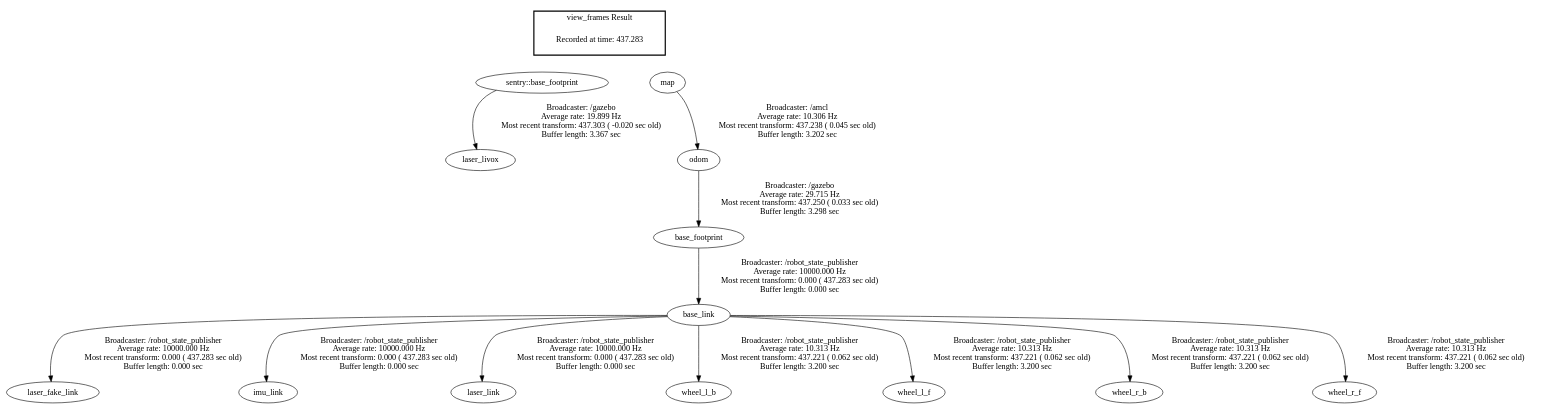
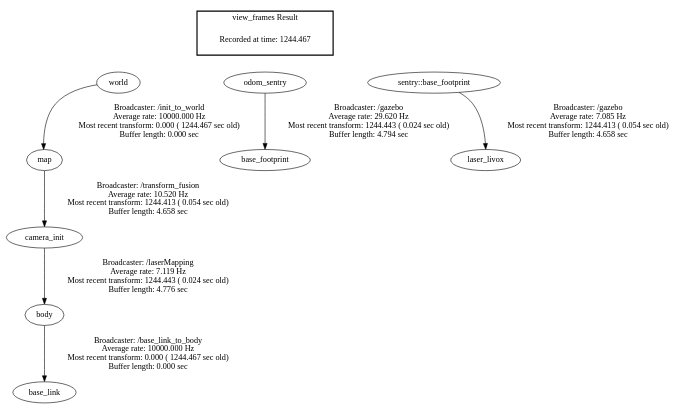
One commit to yjiuchun/Sentry_sim changed the diagram in src/sentry_laser_sim/frames.gv. Above: the diagram before and after it, drawn with Graphviz. The commit also changed 650 other files, not shown here.

```diff
--- a/src/sentry_laser_sim/frames.gv
+++ b/src/sentry_laser_sim/frames.gv
@@ -1,21 +1,20 @@
 digraph G {
-"base_footprint" -> "base_link"[label="Broadcaster: /robot_state_publisher\nAverage rate: 10000.000 Hz\nMost recent transform: 0.000 ( 437.283 sec old)\nBuffer length: 0.000 sec\n"];
-"odom" -> "base_footprint"[label="Broadcaster: /gazebo\nAverage rate: 29.715 Hz\nMost recent transform: 437.250 ( 0.033 sec old)\nBuffer length: 3.298 sec\n"];
-"base_link" -> "laser_fake_link"[label="Broadcaster: /robot_state_publisher\nAverage rate: 10000.000 Hz\nMost recent transform: 0.000 ( 437.283 sec old)\nBuffer length: 0.000 sec\n"];
-"base_link" -> "imu_link"[label="Broadcaster: /robot_state_publisher\nAverage rate: 10000.000 Hz\nMost recent transform: 0.000 ( 437.283 sec old)\nBuffer length: 0.000 sec\n"];
-"base_link" -> "laser_link"[label="Broadcaster: /robot_state_publisher\nAverage rate: 10000.000 Hz\nMost recent transform: 0.000 ( 437.283 sec old)\nBuffer length: 0.000 sec\n"];
-"sentry::base_footprint" -> "laser_livox"[label="Broadcaster: /gazebo\nAverage rate: 19.899 Hz\nMost recent transform: 437.303 ( -0.020 sec old)\nBuffer length: 3.367 sec\n"];
-"map" -> "odom"[label="Broadcaster: /amcl\nAverage rate: 10.306 Hz\nMost recent transform: 437.238 ( 0.045 sec old)\nBuffer length: 3.202 sec\n"];
-"base_link" -> "wheel_l_b"[label="Broadcaster: /robot_state_publisher\nAverage rate: 10.313 Hz\nMost recent transform: 437.221 ( 0.062 sec old)\nBuffer length: 3.200 sec\n"];
-"base_link" -> "wheel_l_f"[label="Broadcaster: /robot_state_publisher\nAverage rate: 10.313 Hz\nMost recent transform: 437.221 ( 0.062 sec old)\nBuffer length: 3.200 sec\n"];
-"base_link" -> "wheel_r_b"[label="Broadcaster: /robot_state_publisher\nAverage rate: 10.313 Hz\nMost recent transform: 437.221 ( 0.062 sec old)\nBuffer length: 3.200 sec\n"];
-"base_link" -> "wheel_r_f"[label="Broadcaster: /robot_state_publisher\nAverage rate: 10.313 Hz\nMost recent transform: 437.221 ( 0.062 sec old)\nBuffer length: 3.200 sec\n"];
+"world" -> "map"[label="Broadcaster: /init_to_world\nAverage rate: 10000.000 Hz\nMost recent transform: 0.000 ( 1244.467 sec old)\nBuffer length: 0.000 sec\n"];
+"body" -> "base_link"[label="Broadcaster: /base_link_to_body\nAverage rate: 10000.000 Hz\nMost recent transform: 0.000 ( 1244.467 sec old)\nBuffer length: 0.000 sec\n"];
+"camera_init" -> "body"[label="Broadcaster: /laserMapping\nAverage rate: 7.119 Hz\nMost recent transform: 1244.443 ( 0.024 sec old)\nBuffer length: 4.776 sec\n"];
+"odom_sentry" -> "base_footprint"[label="Broadcaster: /gazebo\nAverage rate: 29.620 Hz\nMost recent transform: 1244.443 ( 0.024 sec old)\nBuffer length: 4.794 sec\n"];
+"map" -> "camera_init"[label="Broadcaster: /transform_fusion\nAverage rate: 10.520 Hz\nMost recent transform: 1244.413 ( 0.054 sec old)\nBuffer length: 4.658 sec\n"];
+"sentry::base_footprint" -> "laser_livox"[label="Broadcaster: /gazebo\nAverage rate: 7.085 Hz\nMost recent transform: 1244.413 ( 0.054 sec old)\nBuffer length: 4.658 sec\n"];
 edge [style=invis];
  subgraph cluster_legend { style=bold; color=black; label ="view_frames Result";
-"Recorded at time: 437.283"[ shape=plaintext ] ;
- }->"sentry::base_footprint";
+"Recorded at time: 1244.467"[ shape=plaintext ] ;
+ }->"world";
 edge [style=invis];
  subgraph cluster_legend { style=bold; color=black; label ="view_frames Result";
-"Recorded at time: 437.283"[ shape=plaintext ] ;
- }->"map";
+"Recorded at time: 1244.467"[ shape=plaintext ] ;
+ }->"odom_sentry";
+edge [style=invis];
+ subgraph cluster_legend { style=bold; color=black; label ="view_frames Result";
+"Recorded at time: 1244.467"[ shape=plaintext ] ;
+ }->"sentry::base_footprint";
 }
```
